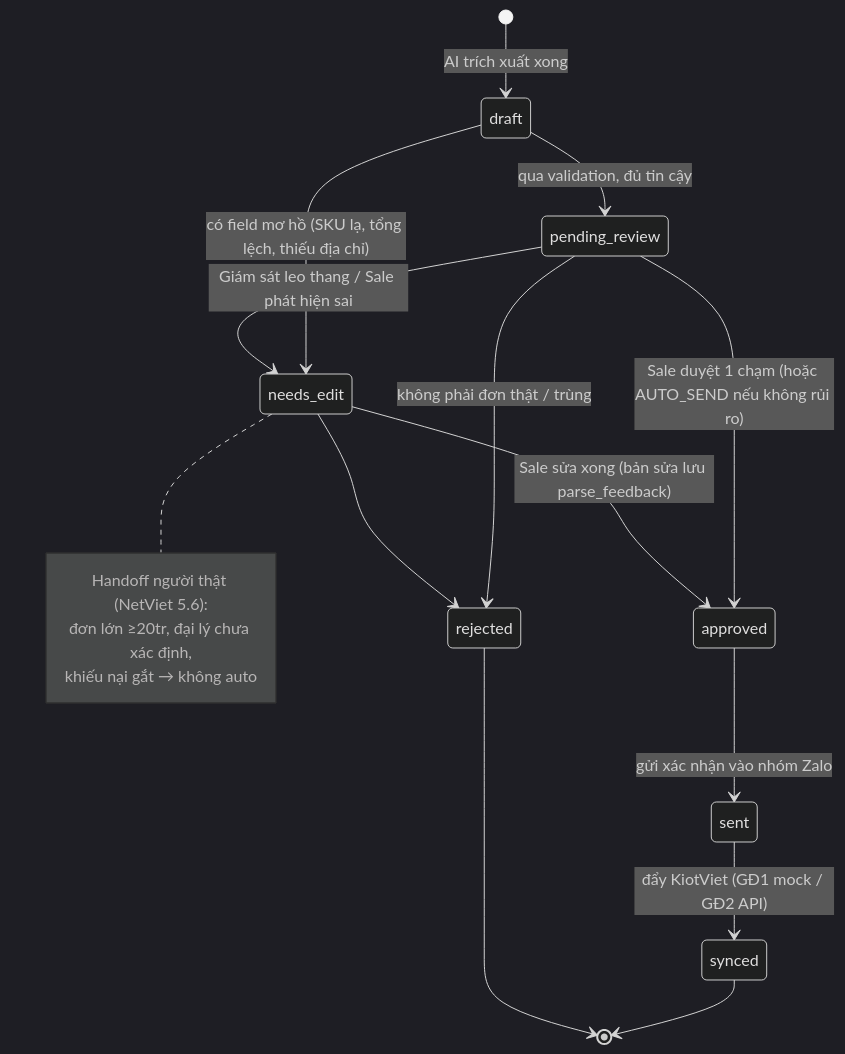
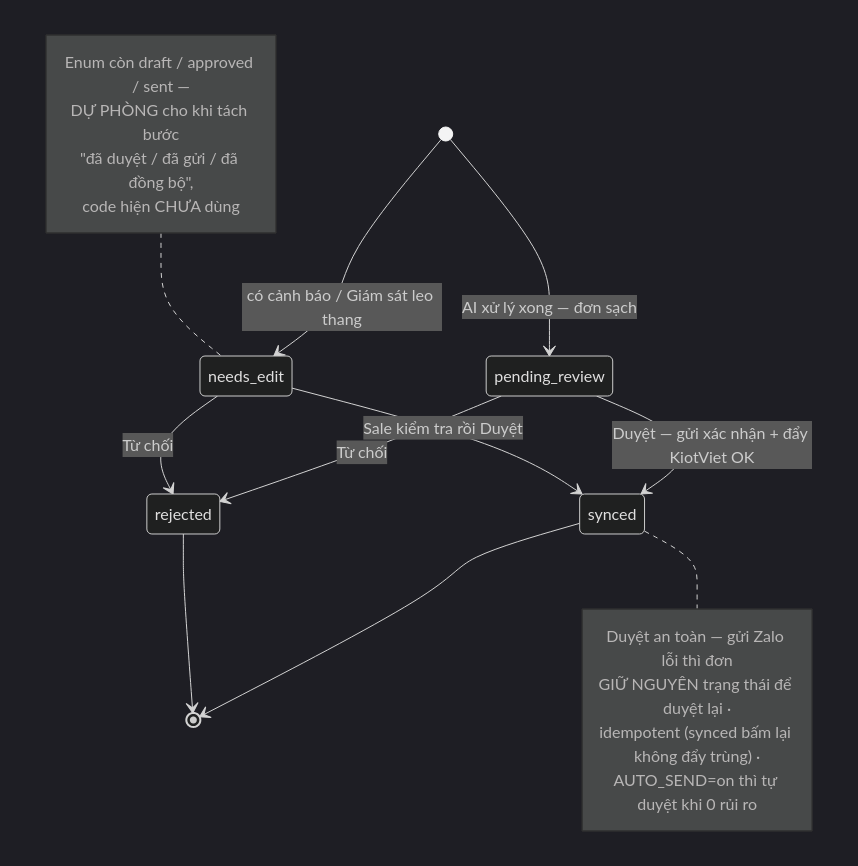
One commit to phungtienviet14-sketch/nexagnet-platform changed the sixth of 12 diagrams in docs/so-do-he-thong.md. Above: the diagram before and after it, drawn with Mermaid (dark theme). The commit also changed other lines of this file and 17 other files, not shown here.

````diff
--- a/docs/so-do-he-thong.md
+++ b/docs/so-do-he-thong.md
@@ -143,21 +258,24 @@
 ```mermaid
 stateDiagram-v2
-    [*] --> draft: AI trích xuất xong
-    draft --> pending_review: qua validation, đủ tin cậy
-    draft --> needs_edit: có field mơ hồ (SKU lạ, tổng lệch, thiếu địa chỉ)
-    pending_review --> needs_edit: Giám sát leo thang / Sale phát hiện sai
-    pending_review --> approved: Sale duyệt 1 chạm (hoặc AUTO_SEND nếu không rủi ro)
-    needs_edit --> approved: Sale sửa xong (bản sửa lưu parse_feedback)
-    pending_review --> rejected: không phải đơn thật / trùng
-    needs_edit --> rejected
-    approved --> sent: gửi xác nhận vào nhóm Zalo
-    sent --> synced: đẩy KiotViet (GĐ1 mock / GĐ2 API)
+    [*] --> pending_review: AI xử lý xong — đơn sạch
+    [*] --> needs_edit: có cảnh báo / Giám sát leo thang
+    pending_review --> synced: Duyệt — gửi xác nhận + đẩy KiotViet OK
+    needs_edit --> synced: Sale kiểm tra rồi Duyệt
+    pending_review --> rejected: Từ chối
+    needs_edit --> rejected: Từ chối
     synced --> [*]
     rejected --> [*]
 
-    note right of needs_edit
-        Handoff người thật (NetViet 5.6):
-        đơn lớn ≥20tr, đại lý chưa xác định,
-        khiếu nại gắt → không auto
+    note right of synced
+        Duyệt an toàn — gửi Zalo lỗi thì đơn
+        GIỮ NGUYÊN trạng thái để duyệt lại ·
+        idempotent (synced bấm lại không đẩy trùng) ·
+        AUTO_SEND=on thì tự duyệt khi 0 rủi ro
+    end note
+    note left of needs_edit
+        Enum còn draft / approved / sent —
+        DỰ PHÒNG cho khi tách bước
+        "đã duyệt / đã gửi / đã đồng bộ",
+        code hiện CHƯA dùng
     end note
 ```
````
